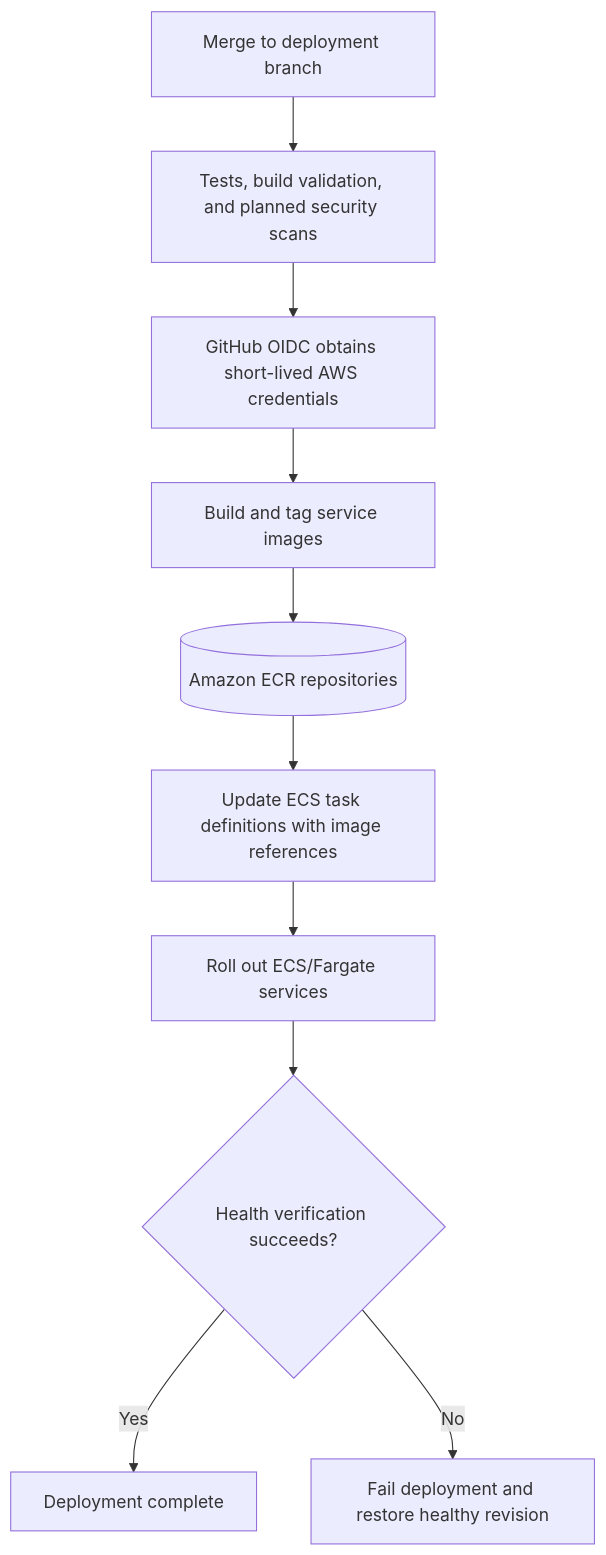
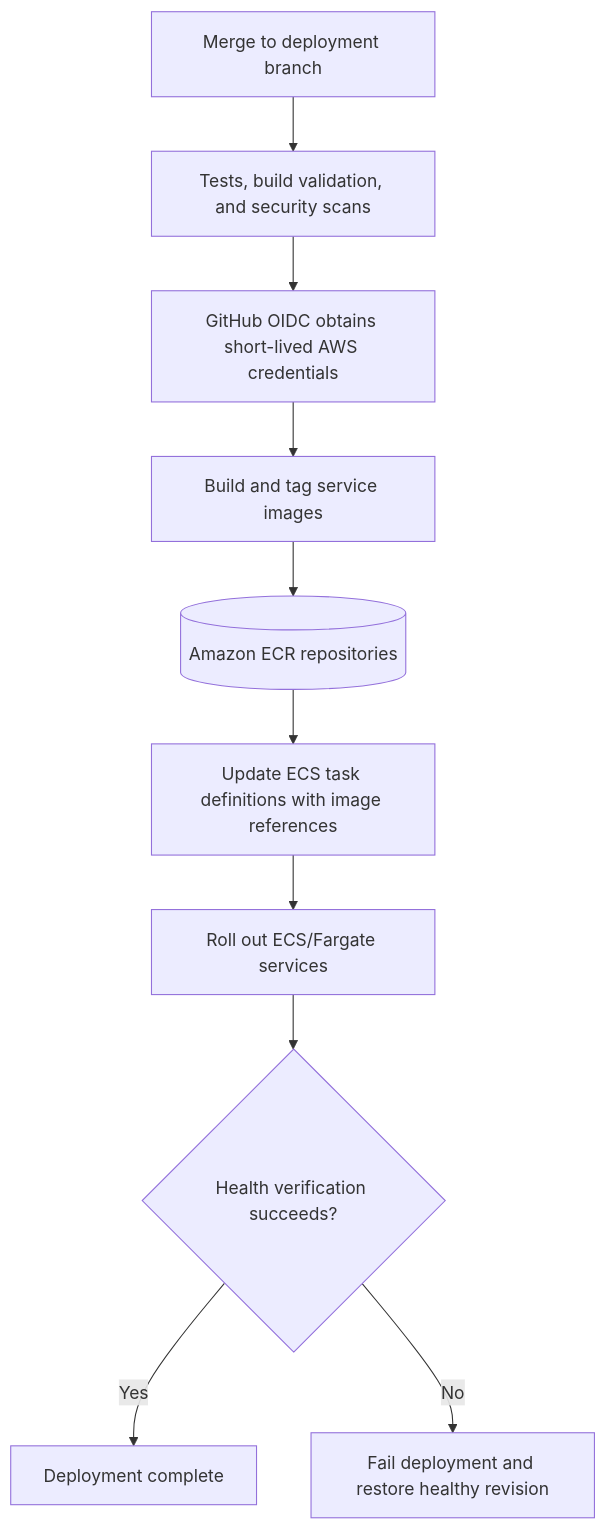
Before and after one commit to herve192-hub/WorkSphere: diagram 38 of 52 in README.md, drawn with Mermaid. The commit also changed other lines of this file and 36 other files, not shown here.

Commit message:
CI update to include security scan, end-to-end testing with unit tests, integration tests, regression tests

````diff
--- a/README.md
+++ b/README.md
@@ -1795,12 +1812,12 @@
 ```mermaid
 flowchart TD
-    Merge["Merge to deployment branch"] --> Gates["Tests, build validation, and planned security scans"]
+    Merge["Merge to deployment branch"] --> Gates["Tests, build validation, and security scans"]
     Gates --> Auth["GitHub OIDC obtains short-lived AWS credentials"]
     Auth --> Build["Build and tag service images"]
     Build --> ECR[("Amazon ECR repositories")]
     ECR --> Definition["Update ECS task definitions with image references"]
     Definition --> Deploy["Roll out ECS/Fargate services"]
     Deploy --> Health{"Health verification succeeds?"}
     Health -->|Yes| Complete["Deployment complete"]
     Health -->|No| Rollback["Fail deployment and restore healthy revision"]
 ```
````
